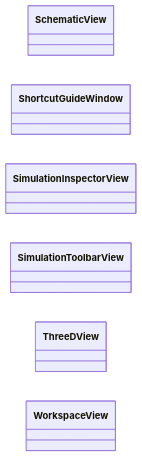
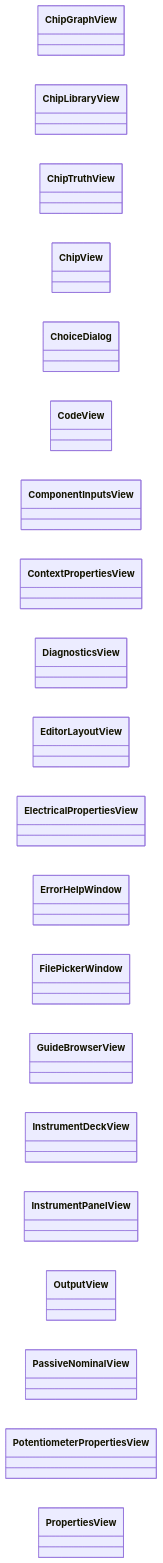
The diagram in docs/uml/generated/views-viewmodels-app-09.mmd (Ismail-DEV-dg/3D-physical-Technical-constructor), drawn with Mermaid before and after one commit. The commit also changed 119 other files, not shown here.

Commit message:
Обновить руководство, галерею и UML для Circuit Editor 1.0.0

```diff
--- a/docs/uml/generated/views-viewmodels-app-09.mmd
+++ b/docs/uml/generated/views-viewmodels-app-09.mmd
@@ -1,8 +1,22 @@
 classDiagram
     direction LR
-    class T01["SchematicView"]
-    class T02["ShortcutGuideWindow"]
-    class T03["SimulationInspectorView"]
-    class T04["SimulationToolbarView"]
-    class T05["ThreeDView"]
-    class T06["WorkspaceView"]
+    class T01["ChipGraphView"]
+    class T02["ChipLibraryView"]
+    class T03["ChipTruthView"]
+    class T04["ChipView"]
+    class T05["ChoiceDialog"]
+    class T06["CodeView"]
+    class T07["ComponentInputsView"]
+    class T08["ContextPropertiesView"]
+    class T09["DiagnosticsView"]
+    class T10["EditorLayoutView"]
+    class T11["ElectricalPropertiesView"]
+    class T12["ErrorHelpWindow"]
+    class T13["FilePickerWindow"]
+    class T14["GuideBrowserView"]
+    class T15["InstrumentDeckView"]
+    class T16["InstrumentPanelView"]
+    class T17["OutputView"]
+    class T18["PassiveNominalView"]
+    class T19["PotentiometerPropertiesView"]
+    class T20["PropertiesView"]
```
